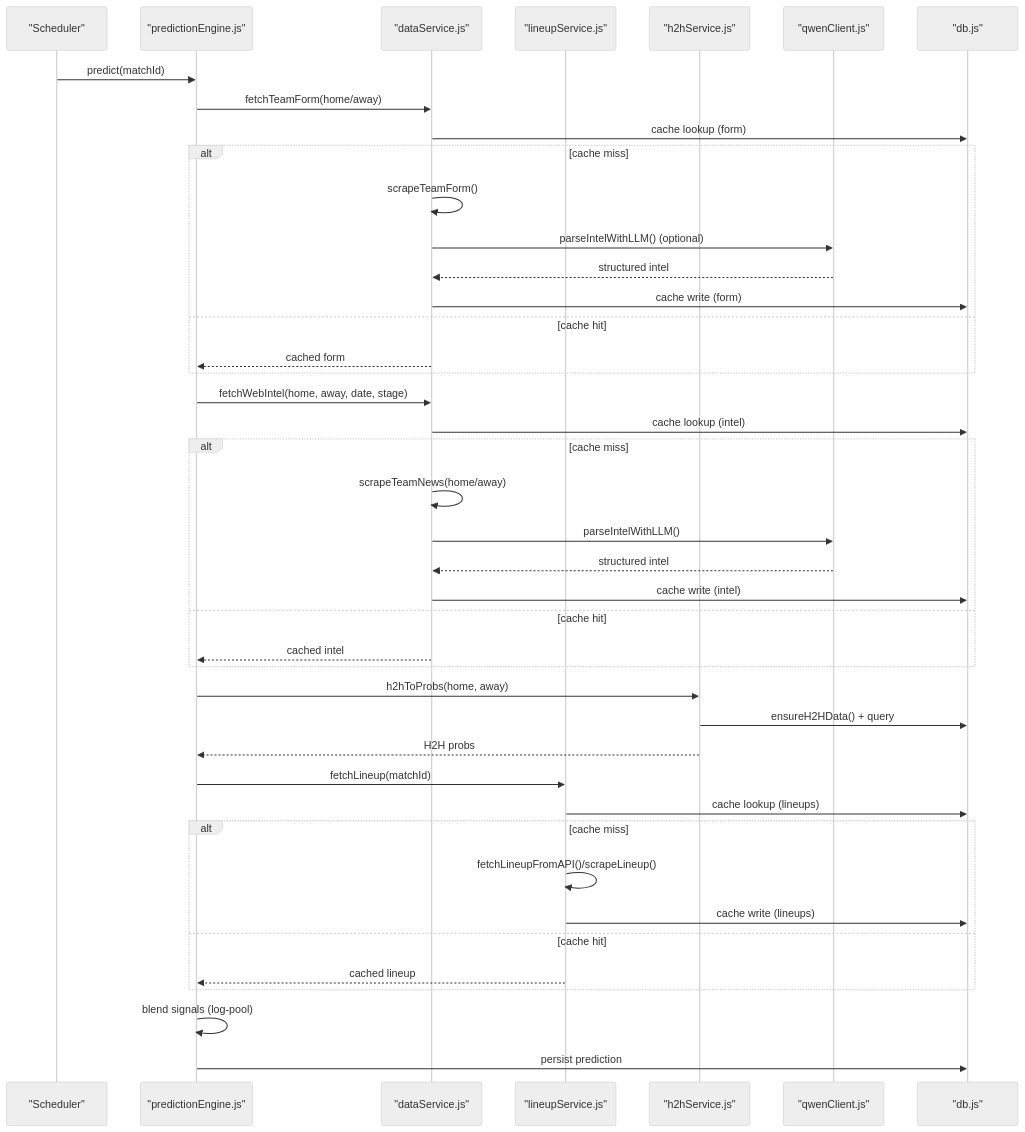
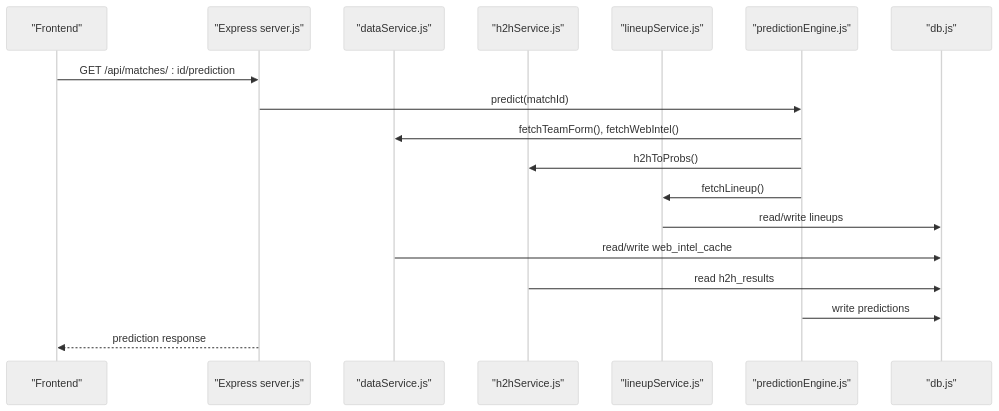
The second of 8 diagrams in .qoder/repowiki/en/content/Data Services/Data Services.md (cheesiong/WC26-qwen), drawn with Mermaid (neutral theme) before and after one commit. The commit also changed other lines of this file and 181 other files, not shown here.

````diff
--- a/.qoder/repowiki/en/content/Data Services/Data Services.md
+++ b/.qoder/repowiki/en/content/Data Services/Data Services.md
@@ -134,44 +141,20 @@
 ```mermaid
 sequenceDiagram
-participant Cron as "Scheduler"
+participant FE as "Frontend"
+participant API as "Express server.js"
+participant DS as "dataService.js"
+participant H2H as "h2hService.js"
+participant LIN as "lineupService.js"
 participant PE as "predictionEngine.js"
-participant DS as "dataService.js"
-participant LS as "lineupService.js"
-participant H2H as "h2hService.js"
-participant QC as "qwenClient.js"
 participant DB as "db.js"
-Cron->>PE : predict(matchId)
-PE->>DS : fetchTeamForm(home/away)
-DS->>DB : cache lookup (form)
-alt cache miss
-DS->>DS : scrapeTeamForm()
-DS->>QC : parseIntelWithLLM() (optional)
-QC-->>DS : structured intel
-DS->>DB : cache write (form)
-else cache hit
-DS-->>PE : cached form
-end
-PE->>DS : fetchWebIntel(home, away, date, stage)
-DS->>DB : cache lookup (intel)
-alt cache miss
-DS->>DS : scrapeTeamNews(home/away)
-DS->>QC : parseIntelWithLLM()
-QC-->>DS : structured intel
-DS->>DB : cache write (intel)
-else cache hit
-DS-->>PE : cached intel
-end
-PE->>H2H : h2hToProbs(home, away)
-H2H->>DB : ensureH2HData() + query
-H2H-->>PE : H2H probs
-PE->>LS : fetchLineup(matchId)
-LS->>DB : cache lookup (lineups)
-alt cache miss
-LS->>LS : fetchLineupFromAPI()/scrapeLineup()
-LS->>DB : cache write (lineups)
-else cache hit
-LS-->>PE : cached lineup
-end
-PE->>PE : blend signals (log-pool)
-PE->>DB : persist prediction
+FE->>API : GET /api/matches/ : id/prediction
+API->>PE : predict(matchId)
+PE->>DS : fetchTeamForm(), fetchWebIntel()
+PE->>H2H : h2hToProbs()
+PE->>LIN : fetchLineup()
+LIN->>DB : read/write lineups
+DS->>DB : read/write web_intel_cache
+H2H->>DB : read h2h_results
+PE->>DB : write predictions
+API-->>FE : prediction response
 ```
````
